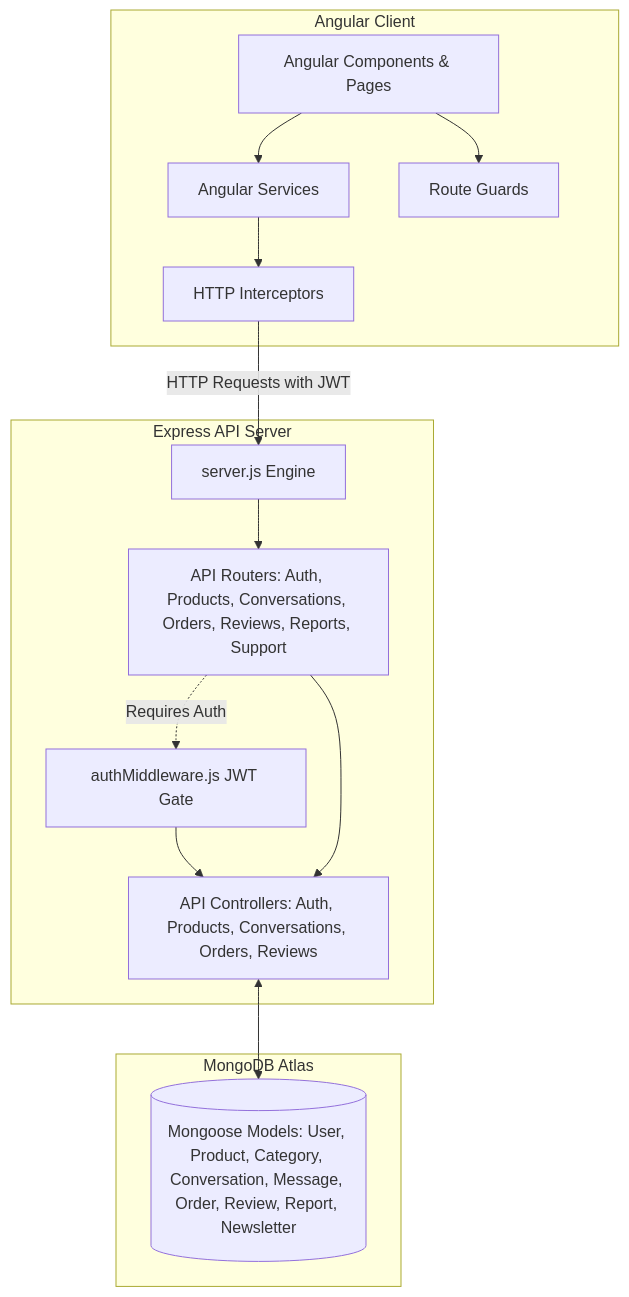
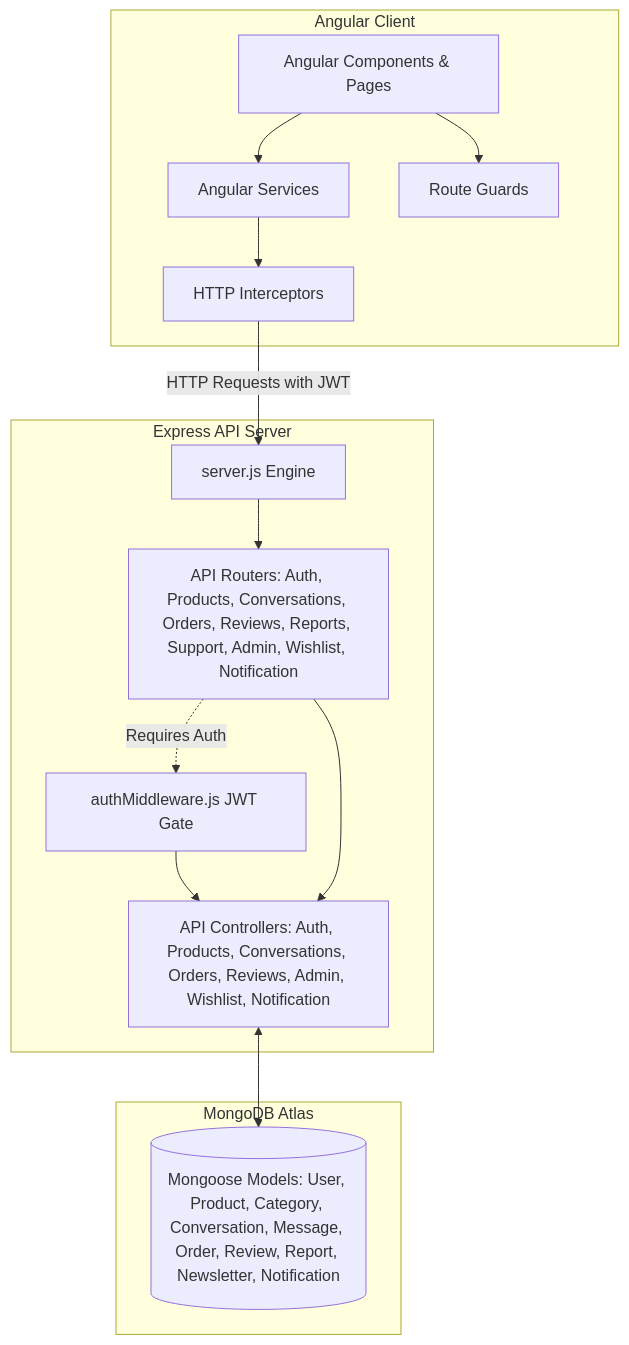
The diagram in README.md (aya-ashraf94/graduation-project-depi), drawn with Mermaid before and after one commit. The commit also changed other lines of this file, not shown here.

Commit message:
docs: update system architecture and directory layout to document wishlist and notification systems

````diff
--- a/README.md
+++ b/README.md
@@ -23,31 +23,31 @@
 ```mermaid
 flowchart TD
     subgraph Frontend [Angular Client]
         Pages[Angular Components & Pages]
         Services[Angular Services]
         Guards[Route Guards]
         Interceptors[HTTP Interceptors]
         Pages --> Services
         Pages --> Guards
         Services --> Interceptors
     end
 
     subgraph Backend [Express API Server]
         Server[server.js Engine]
         AuthMiddleware[authMiddleware.js JWT Gate]
-        Routes[API Routers: Auth, Products, Conversations, Orders, Reviews, Reports, Support]
-        Controllers[API Controllers: Auth, Products, Conversations, Orders, Reviews]
+        Routes[API Routers: Auth, Products, Conversations, Orders, Reviews, Reports, Support, Admin, Wishlist, Notification]
+        Controllers[API Controllers: Auth, Products, Conversations, Orders, Reviews, Admin, Wishlist, Notification]
 
         Server --> Routes
         Routes -.->|Requires Auth| AuthMiddleware
         AuthMiddleware --> Controllers
         Routes --> Controllers
     end
 
     subgraph Database [MongoDB Atlas]
-        DBModels[(Mongoose Models: User, Product, Category, Conversation, Message, Order, Review, Report, Newsletter)]
+        DBModels[(Mongoose Models: User, Product, Category, Conversation, Message, Order, Review, Report, Newsletter, Notification)]
     end
 
     Interceptors -->|HTTP Requests with JWT| Server
     Controllers <--> DBModels
 ```
````
